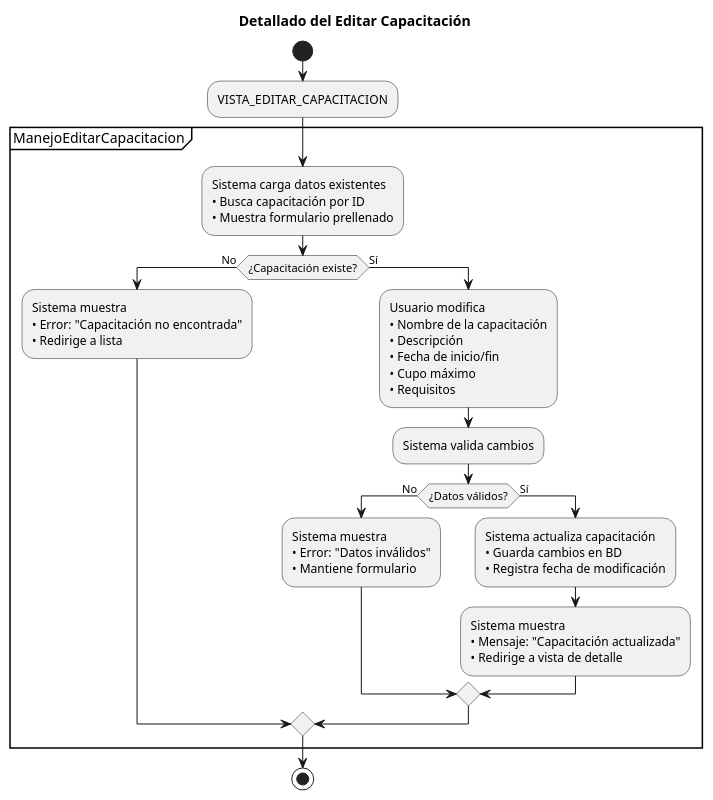
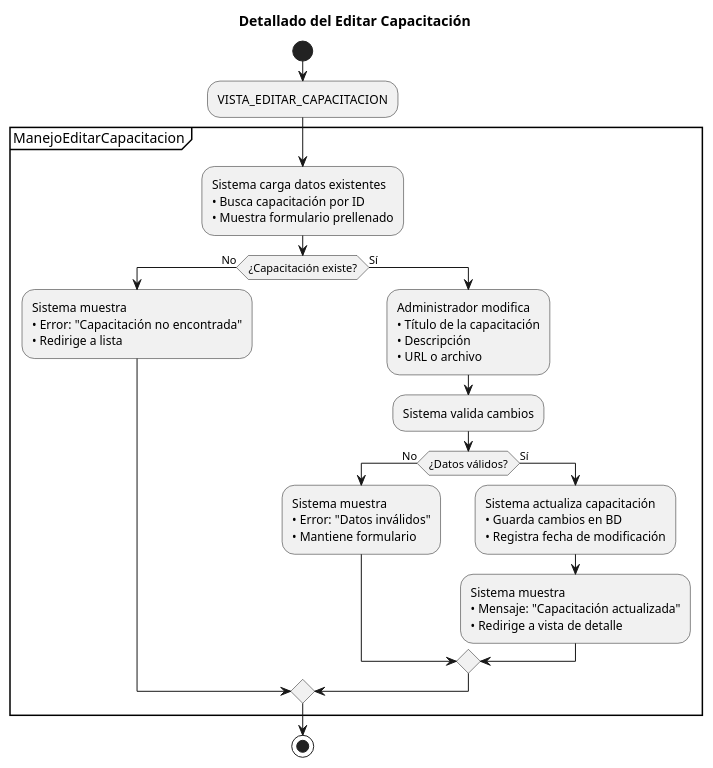
One commit to Dievex/24-25-IdSw1-SDR changed the diagram in casos_de_uso/diagramas_casos_de_uso_detallados/editar_capacitacion.puml. Above: the diagram before and after it, drawn with PlantUML. The commit also changed 2 other files, not shown here.

Commit message:
refactor(use-case-diagrams): update training management diagrams

```diff
--- a/casos_de_uso/diagramas_casos_de_uso_detallados/editar_capacitacion.puml
+++ b/casos_de_uso/diagramas_casos_de_uso_detallados/editar_capacitacion.puml
@@ -1,50 +1,48 @@
 @startuml
 title Detallado del Editar Capacitación
 
 start
 
 :VISTA_EDITAR_CAPACITACION;
 
 partition ManejoEditarCapacitacion {
   
   :Sistema carga datos existentes
   • Busca capacitación por ID
   • Muestra formulario prellenado;
   
   if (¿Capacitación existe?) then (No)
     :Sistema muestra
     • Error: "Capacitación no encontrada"
     • Redirige a lista;
     
   else (Sí)
-    :Usuario modifica
-    • Nombre de la capacitación
+    :Administrador modifica
+    • Título de la capacitación
     • Descripción
-    • Fecha de inicio/fin
-    • Cupo máximo
-    • Requisitos;
+    • URL o archivo;
     
     :Sistema valida cambios;
     
     if (¿Datos válidos?) then (No)
       :Sistema muestra
       • Error: "Datos inválidos"
       • Mantiene formulario;
       
     else (Sí)
       :Sistema actualiza capacitación
       • Guarda cambios en BD
       • Registra fecha de modificación;
       
       :Sistema muestra
       • Mensaje: "Capacitación actualizada"
       • Redirige a vista de detalle;
       
     endif
     
   endif
   
 }
 
 stop
 @enduml
```
